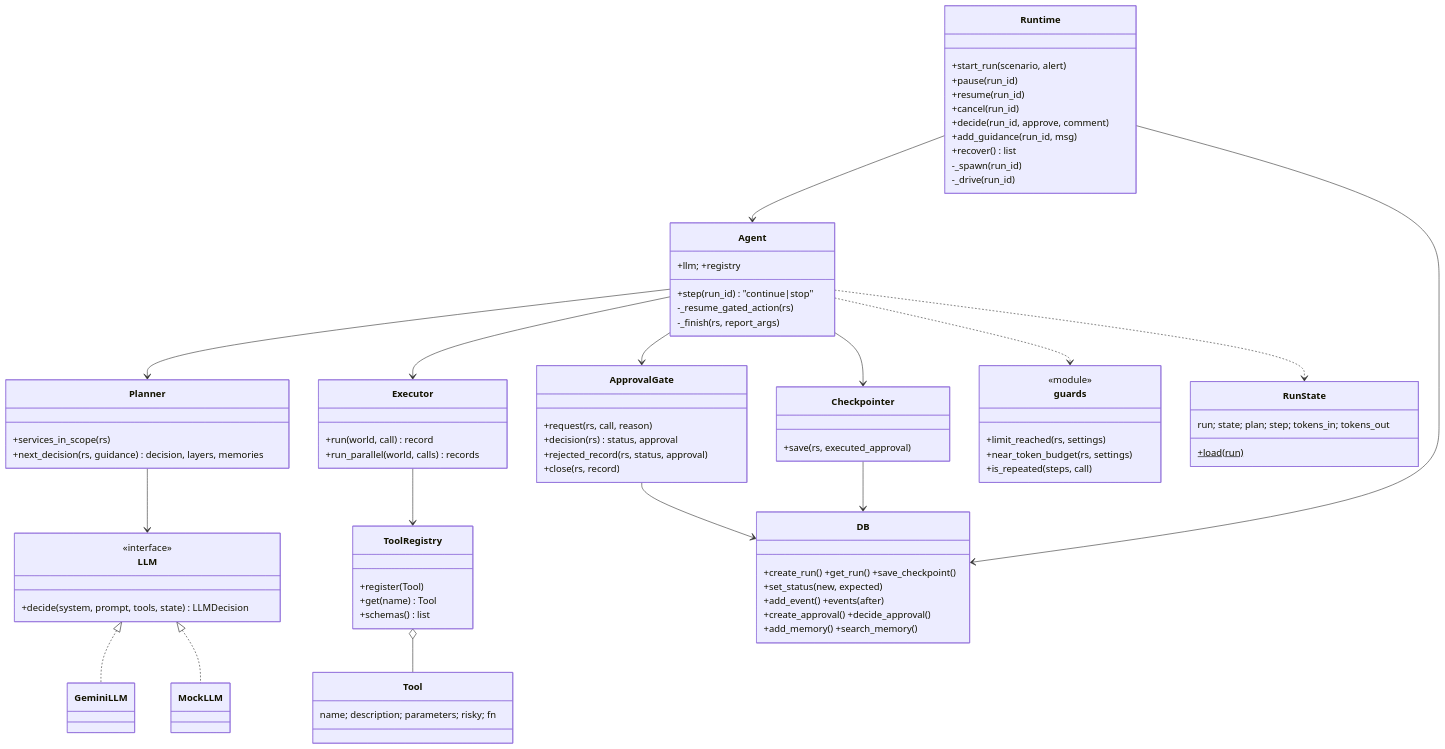
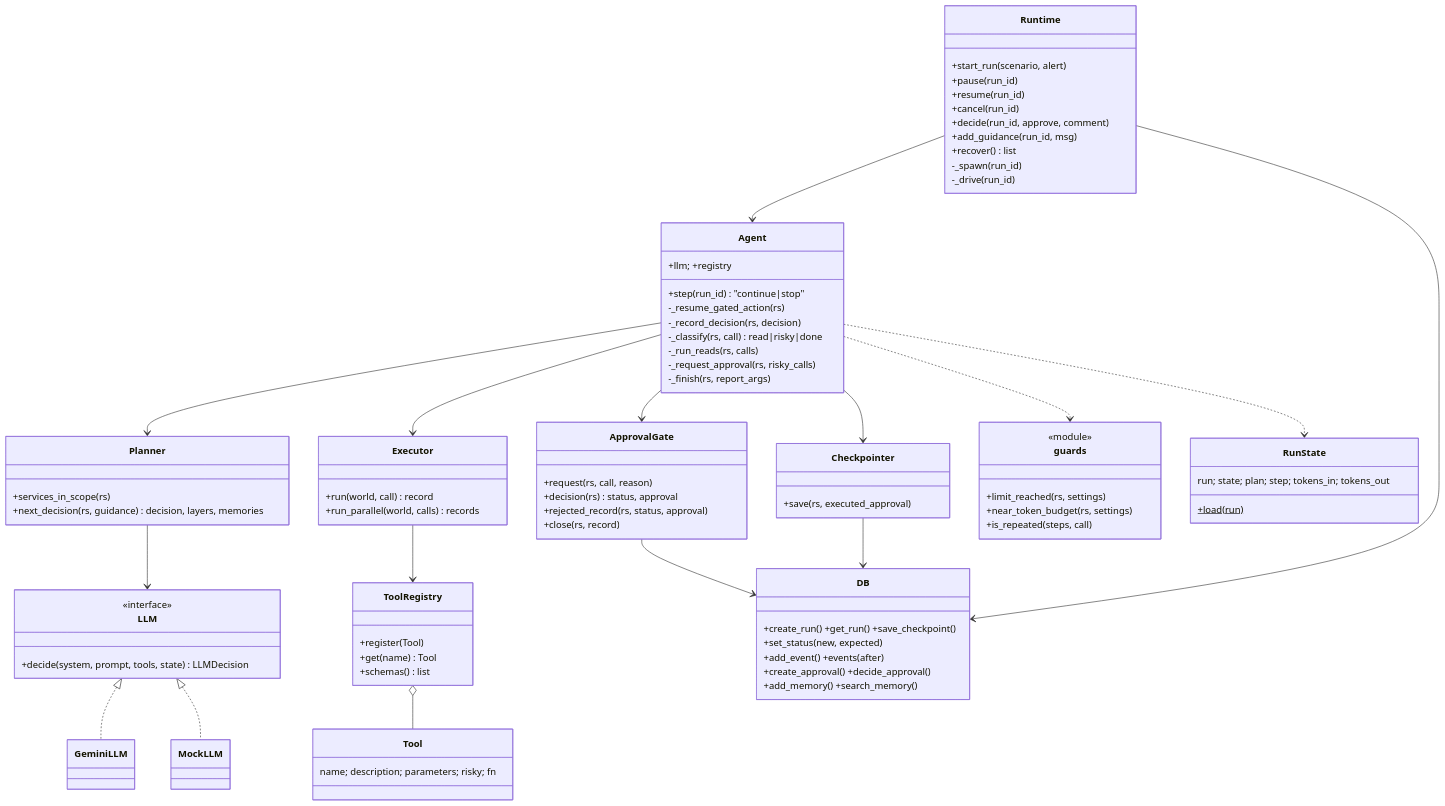
Before and after one commit to Zulfiqar7862/incident-triage-agent-gemini: the first of 6 diagrams in docs/LLD.md, drawn with Mermaid. The commit also changed other lines of this file and 3 other files, not shown here.

```diff
--- a/docs/LLD.md
+++ b/docs/LLD.md
@@ -19,6 +19,10 @@
       +llm; +registry
       +step(run_id) "continue|stop"
       -_resume_gated_action(rs)
+      -_record_decision(rs, decision)
+      -_classify(rs, call) read|risky|done
+      -_run_reads(rs, calls)
+      -_request_approval(rs, risky_calls)
       -_finish(rs, report_args)
     }
     class RunState {
```
